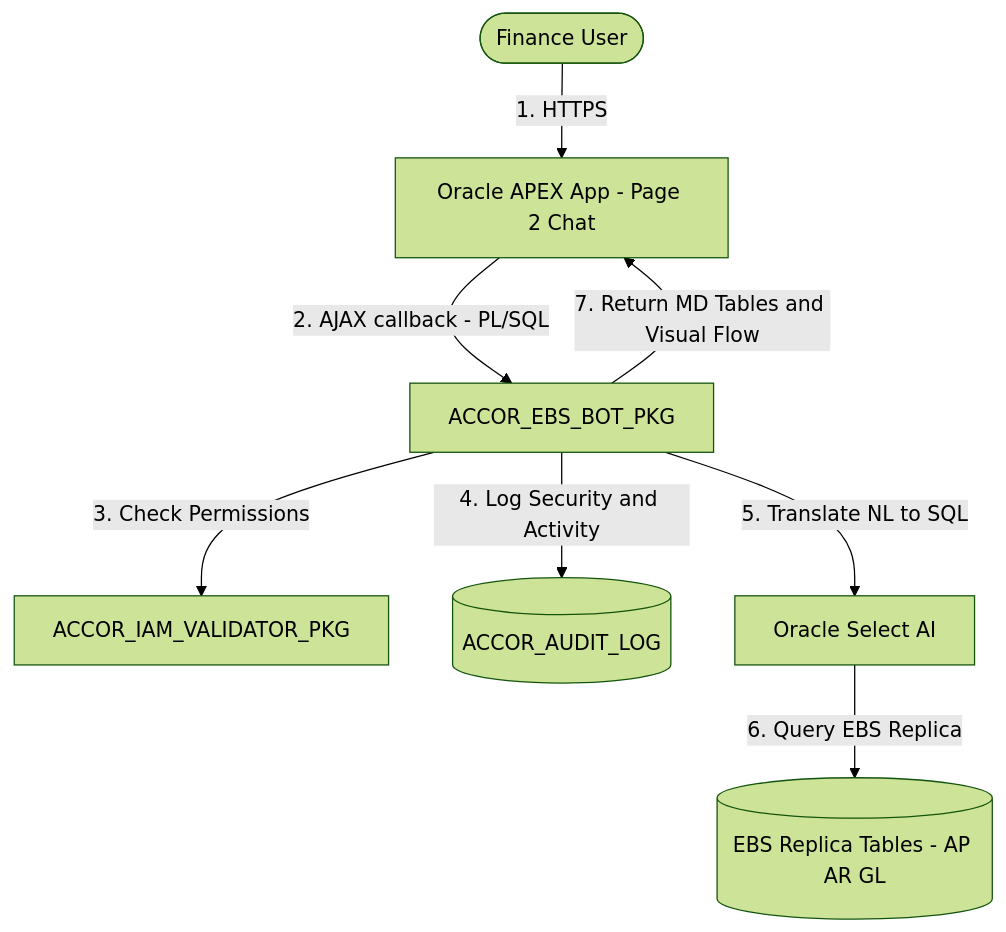
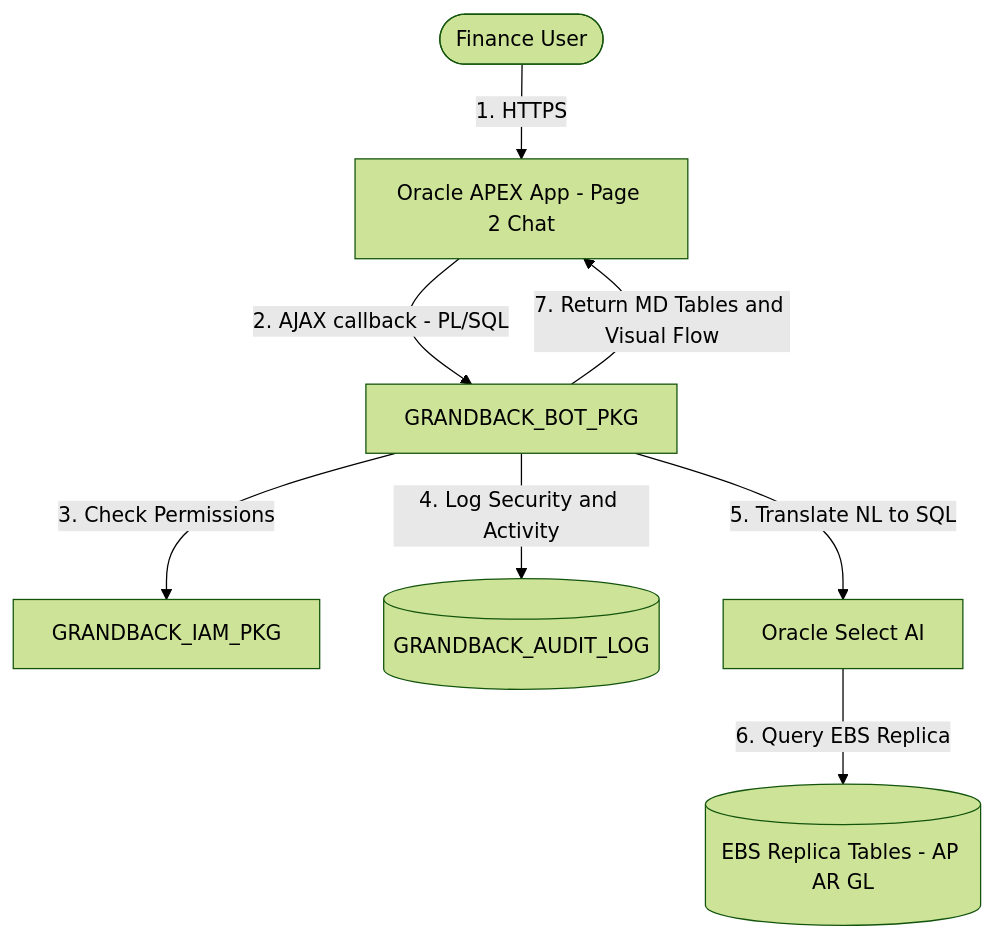
One commit to maniltns/ojas-apex-varient changed the first of 3 diagrams in implementation_plan.md. Above: the diagram before and after it, drawn with Mermaid (forest theme). The commit also changed other lines of this file and 45 other files, not shown here.

Commit message:
feat: initialize Grandback EBS bot application and refactor schema to follow naming conventions

````diff
--- a/implementation_plan.md
+++ b/implementation_plan.md
@@ -11,10 +18,10 @@
 ```mermaid
 graph TD
     User([Finance User]) -->|1. HTTPS| APEX["Oracle APEX App - Page 2 Chat"]
-    APEX -->|2. AJAX callback - PL/SQL| Package["ACCOR_EBS_BOT_PKG"]
-    Package -->|3. Check Permissions| Security["ACCOR_IAM_VALIDATOR_PKG"]
-    Package -->|4. Log Security and Activity| Logs[("ACCOR_AUDIT_LOG")]
+    APEX -->|2. AJAX callback - PL/SQL| Package["GRANDBACK_BOT_PKG"]
+    Package -->|3. Check Permissions| Security["GRANDBACK_IAM_PKG"]
+    Package -->|4. Log Security and Activity| Logs[("GRANDBACK_AUDIT_LOG")]
     Package -->|5. Translate NL to SQL| SelectAI["Oracle Select AI"]
     SelectAI -->|6. Query EBS Replica| EBS[("EBS Replica Tables - AP AR GL")]
     Package -->|7. Return MD Tables and Visual Flow| APEX
 ```
````
